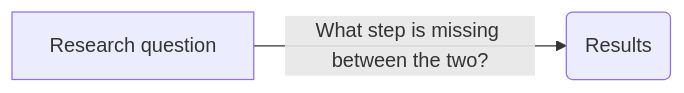
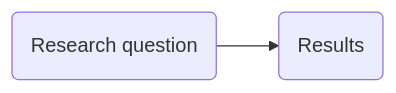
Before and after one commit to libscie/docs.researchequals.com: the first of 2 diagrams in chapters/exercise-modules.qmd, drawn with Mermaid. The commit also changed other lines of this file, not shown here.

````diff
--- a/chapters/exercise-modules.qmd
+++ b/chapters/exercise-modules.qmd
@@ -6,4 +13,4 @@
 ```{mermaid}
 flowchart LR
-    A[Research question] -->|What step is missing between the two?| B(Results)
+    A(Research question) --> B(Results)
 ```
````
